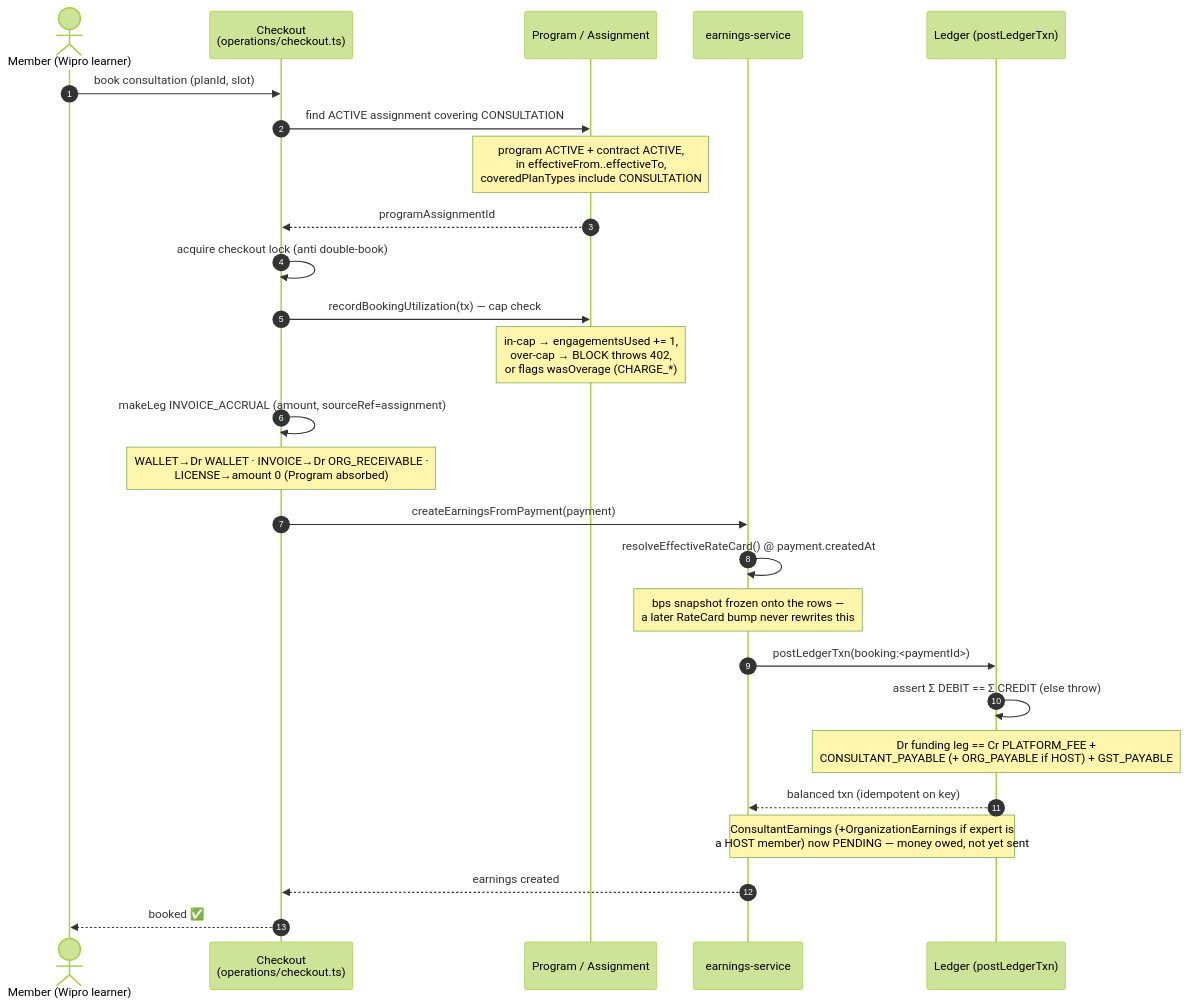
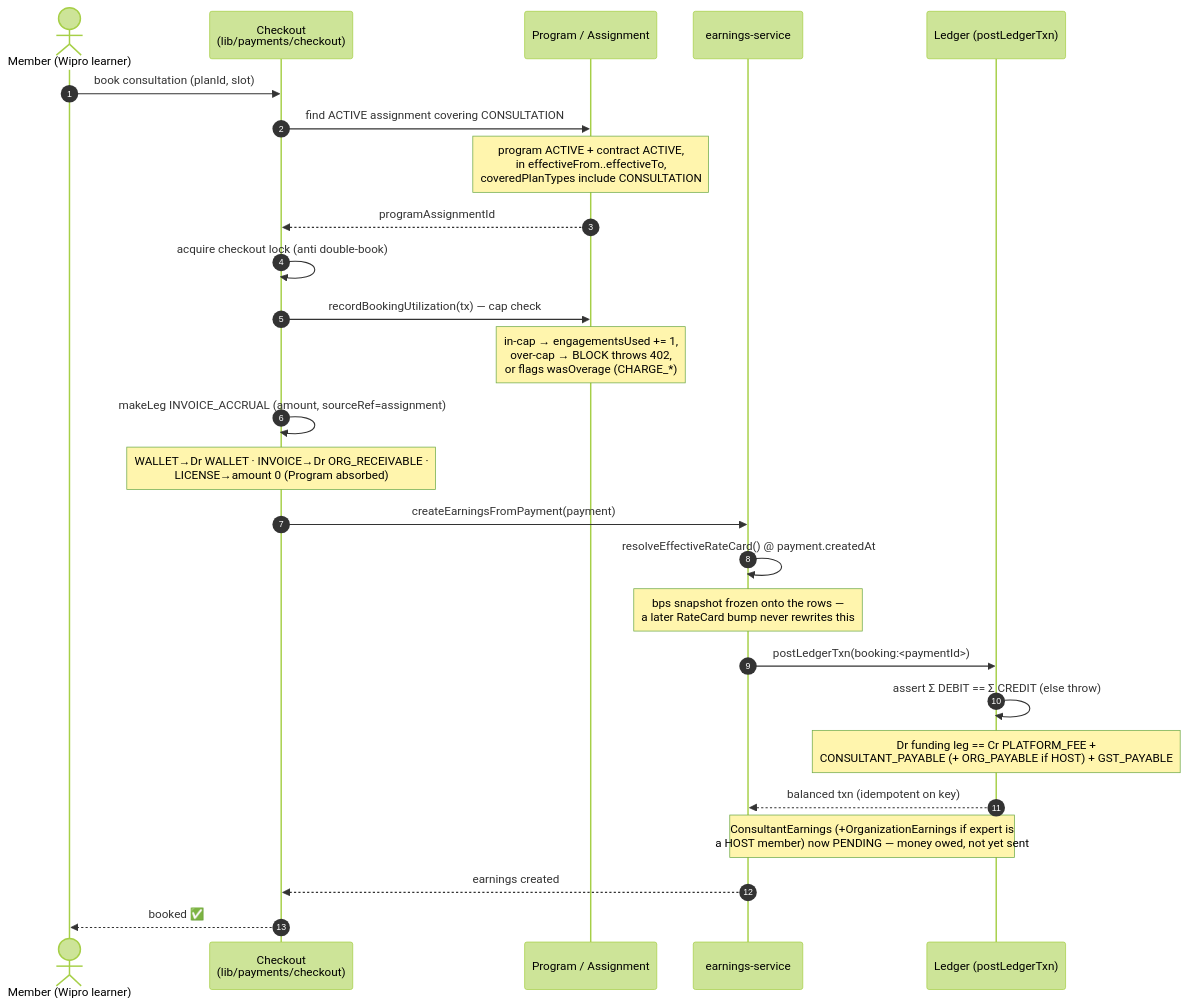
Before and after one commit to Practitionist/familiarise_web: the first of 4 diagrams in docs/enterprise/00-foundations/01-overview.md, drawn with Mermaid (forest theme). The commit also changed other lines of this file and 78 other files, not shown here.

First line of the commit message:
docs(booking,payments): the docs and comments follow the allocation and checkout module split

````diff
--- a/docs/enterprise/00-foundations/01-overview.md
+++ b/docs/enterprise/00-foundations/01-overview.md
@@ -75,29 +75,29 @@
 ```mermaid
 sequenceDiagram
   autonumber
   actor M as Member (Wipro learner)
-  participant CO as Checkout<br/>(operations/checkout.ts)
+  participant CO as Checkout<br/>(lib/payments/checkout)
   participant PA as Program / Assignment
   participant ES as earnings-service
   participant L as Ledger (postLedgerTxn)
 
   M->>CO: book consultation (planId, slot)
   CO->>PA: find ACTIVE assignment covering CONSULTATION
   Note over PA: program ACTIVE + contract ACTIVE,<br/>in effectiveFrom..effectiveTo,<br/>coveredPlanTypes include CONSULTATION
   PA-->>CO: programAssignmentId
   CO->>CO: acquire checkout lock (anti double-book)
   CO->>PA: recordBookingUtilization(tx) — cap check
   Note over PA: in-cap → engagementsUsed += 1,<br/>over-cap → BLOCK throws 402,<br/>or flags wasOverage (CHARGE_*)
   CO->>CO: makeLeg INVOICE_ACCRUAL (amount, sourceRef=assignment)
   Note over CO: WALLET→Dr WALLET · INVOICE→Dr ORG_RECEIVABLE ·<br/>LICENSE→amount 0 (Program absorbed)
   CO->>ES: createEarningsFromPayment(payment)
   ES->>ES: resolveEffectiveRateCard() @ payment.createdAt
   Note over ES: bps snapshot frozen onto the rows —<br/>a later RateCard bump never rewrites this
   ES->>L: postLedgerTxn(booking:<paymentId>)
   L->>L: assert Σ DEBIT == Σ CREDIT (else throw)
   Note over L: Dr funding leg == Cr PLATFORM_FEE +<br/>CONSULTANT_PAYABLE (+ ORG_PAYABLE if HOST) + GST_PAYABLE
   L-->>ES: balanced txn (idempotent on key)
   Note over ES,L: ConsultantEarnings (+OrganizationEarnings if expert is<br/>a HOST member) now PENDING — money owed, not yet sent
   ES-->>CO: earnings created
   CO-->>M: booked ✅
 ```
````
